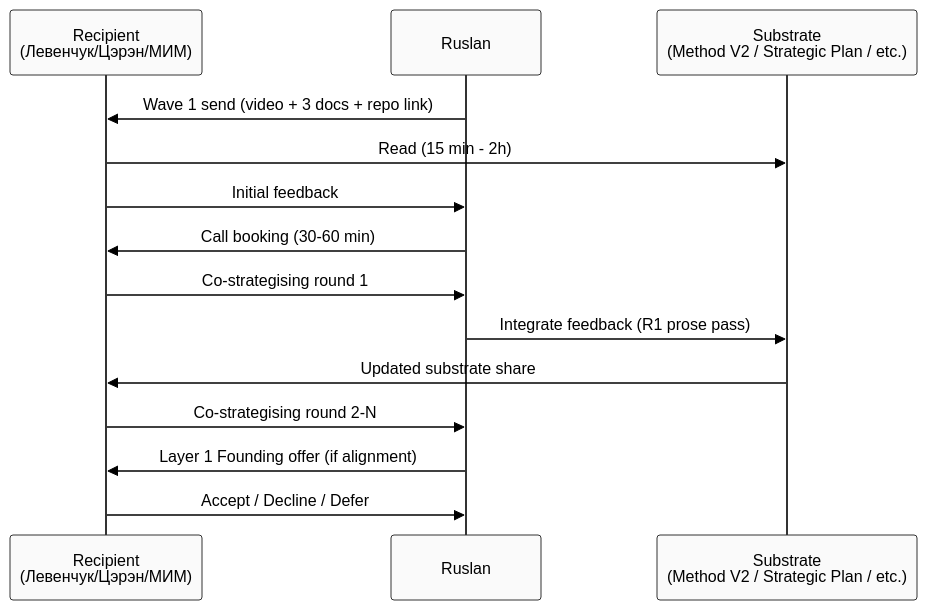
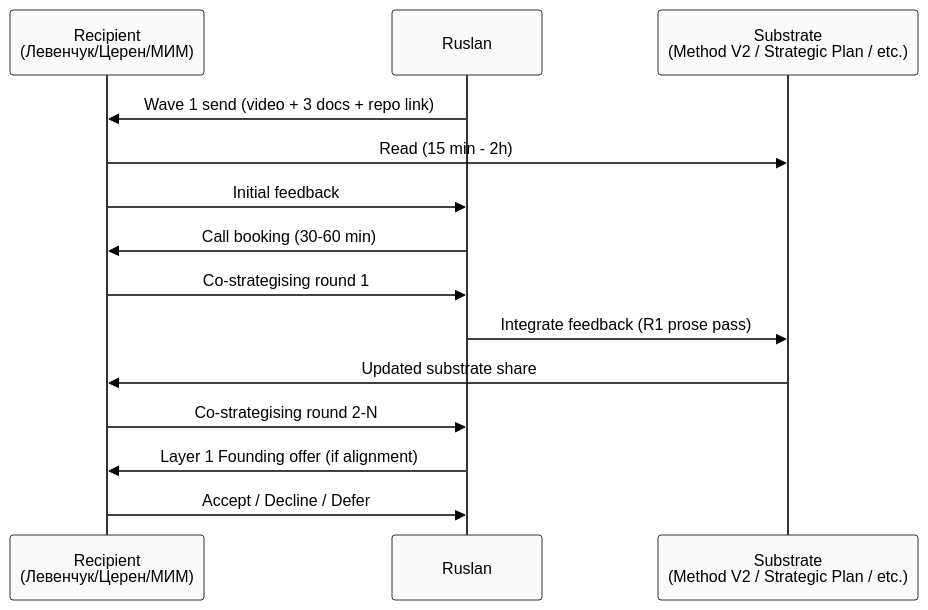
Before and after one commit to Bogersebekov/jetix-os: the seventh of 7 diagrams in decisions/strategic/JETIX-NAVIGATION-GUIDE-2026-05-22-DRAFT.md, drawn with Mermaid. The commit also changed other lines of this file, not shown here.

First line of the commit message:
[navigation-guide] expand с Sprint 23-26.05 docs + Workshop concept + Церен grammar fix

````diff
--- a/decisions/strategic/JETIX-NAVIGATION-GUIDE-2026-05-22-DRAFT.md
+++ b/decisions/strategic/JETIX-NAVIGATION-GUIDE-2026-05-22-DRAFT.md
@@ -428,18 +448,18 @@
 ```mermaid
 %%{init: {'theme':'base','themeVariables':{'primaryTextColor':'#000','textColor':'#000','lineColor':'#333','primaryBorderColor':'#333','primaryColor':'#fafafa'}}}%%
 sequenceDiagram
-    participant Recipient as Recipient<br/>(Левенчук/Цэрэн/МИМ)
+    participant Recipient as Recipient<br/>(Левенчук/Церен/МИМ)
     participant Ruslan
     participant Substrate as Substrate<br/>(Method V2 / Strategic Plan / etc.)
 
     Ruslan->>Recipient: Wave 1 send (video + 3 docs + repo link)
     Recipient->>Substrate: Read (15 min - 2h)
     Recipient->>Ruslan: Initial feedback
     Ruslan->>Recipient: Call booking (30-60 min)
     Recipient->>Ruslan: Co-strategising round 1
     Ruslan->>Substrate: Integrate feedback (R1 prose pass)
     Substrate->>Recipient: Updated substrate share
     Recipient->>Ruslan: Co-strategising round 2-N
     Ruslan->>Recipient: Layer 1 Founding offer (if alignment)
     Recipient->>Ruslan: Accept / Decline / Defer
 ```
````
